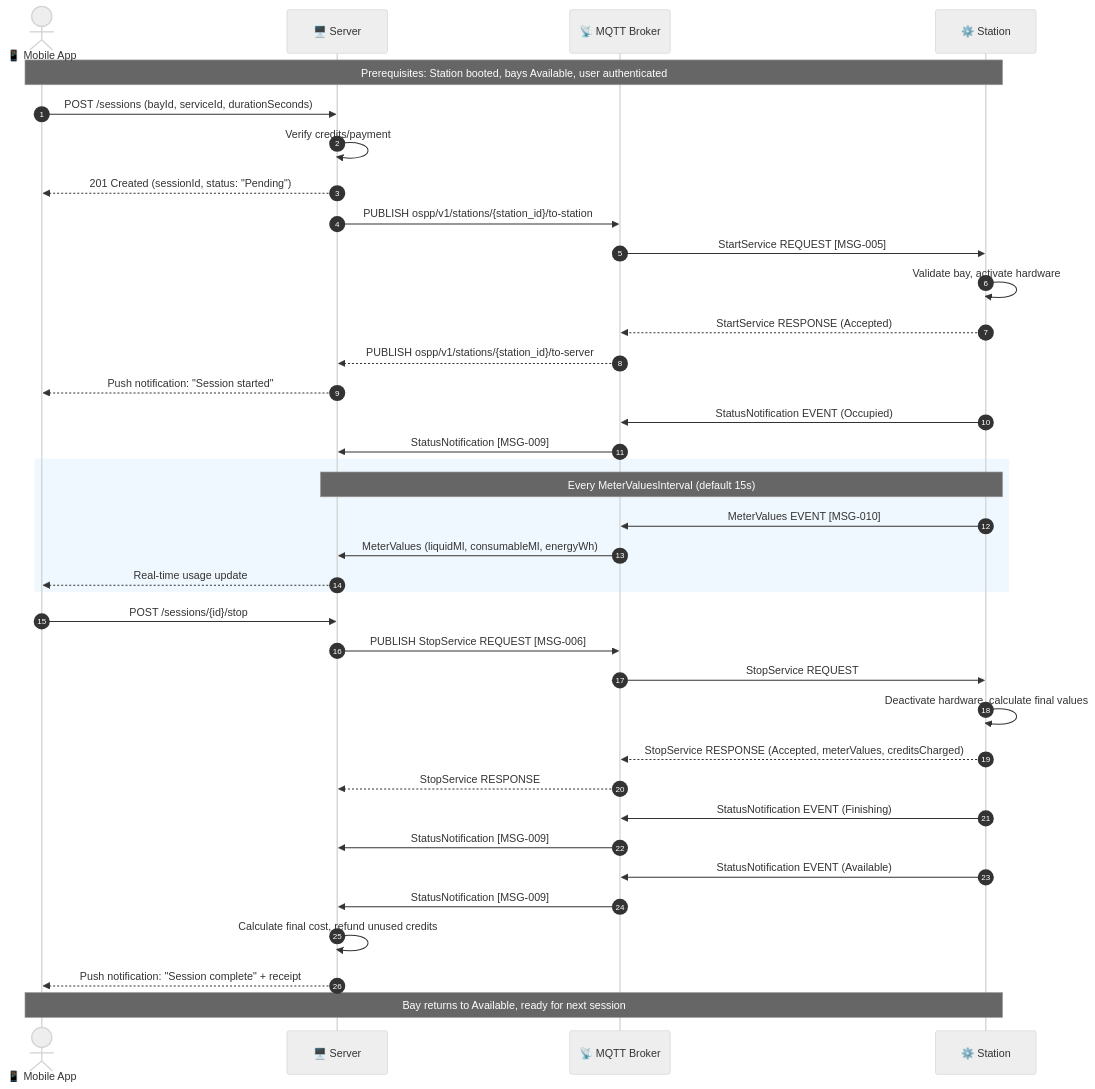
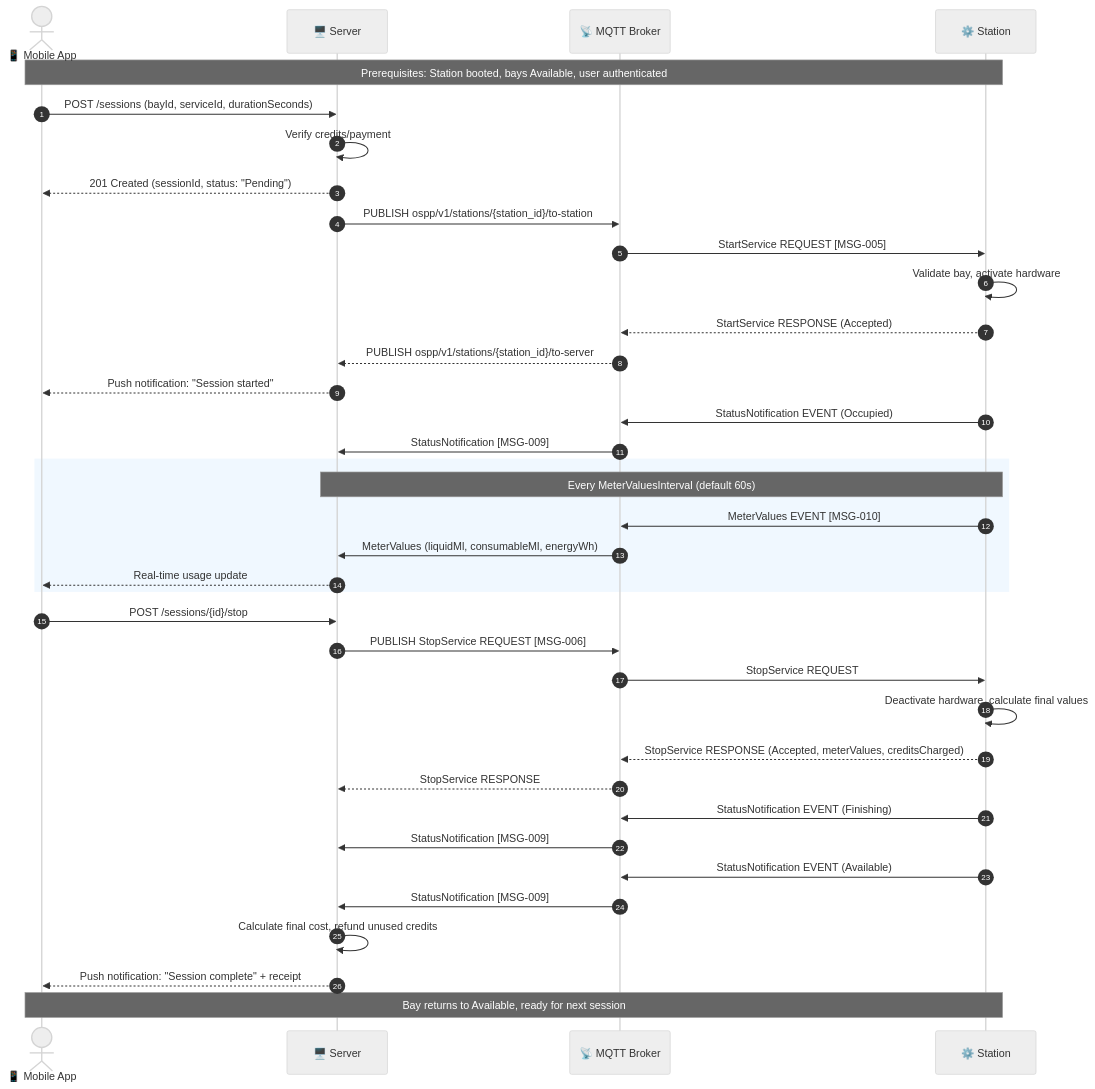
Before and after one commit to ospp-org/spec: the diagram in diagrams/sequence-online-payment.mmd, drawn with Mermaid (neutral theme). The commit also changed 56 other files, not shown here.

```diff
--- a/diagrams/sequence-online-payment.mmd
+++ b/diagrams/sequence-online-payment.mmd
@@ -1,58 +1,58 @@
 %% OSPP Online Session Flow (Most Common Path)
 %% Reference: spec/04-flows.md, Section 3; examples/flows/02-online-session.md
 
 sequenceDiagram
     autonumber
 
     actor User as 📱 Mobile App
     participant Server as 🖥️ Server
     participant Broker as 📡 MQTT Broker
     participant Station as ⚙️ Station
 
     Note over User,Station: Prerequisites: Station booted, bays Available, user authenticated
 
     %% Session initiation
     User->>Server: POST /sessions (bayId, serviceId, durationSeconds)
     Server->>Server: Verify credits/payment
     Server-->>User: 201 Created (sessionId, status: "Pending")
 
     %% StartService via MQTT
     Server->>Broker: PUBLISH ospp/v1/stations/{station_id}/to-station
     Broker->>Station: StartService REQUEST [MSG-005]
     Station->>Station: Validate bay, activate hardware
     Station-->>Broker: StartService RESPONSE (Accepted)
     Broker-->>Server: PUBLISH ospp/v1/stations/{station_id}/to-server
     Server-->>User: Push notification: "Session started"
 
     %% Bay status change
     Station->>Broker: StatusNotification EVENT (Occupied)
     Broker->>Server: StatusNotification [MSG-009]
 
     %% Meter values (periodic)
     rect rgb(240, 248, 255)
-        Note over Station,Server: Every MeterValuesInterval (default 15s)
+        Note over Station,Server: Every MeterValuesInterval (default 60s)
         Station->>Broker: MeterValues EVENT [MSG-010]
         Broker->>Server: MeterValues (liquidMl, consumableMl, energyWh)
         Server-->>User: Real-time usage update
     end
 
     %% Session stop
     User->>Server: POST /sessions/{id}/stop
     Server->>Broker: PUBLISH StopService REQUEST [MSG-006]
     Broker->>Station: StopService REQUEST
     Station->>Station: Deactivate hardware, calculate final values
     Station-->>Broker: StopService RESPONSE (Accepted, meterValues, creditsCharged)
     Broker-->>Server: StopService RESPONSE
 
     %% Finishing → Available
     Station->>Broker: StatusNotification EVENT (Finishing)
     Broker->>Server: StatusNotification [MSG-009]
 
     Station->>Broker: StatusNotification EVENT (Available)
     Broker->>Server: StatusNotification [MSG-009]
 
     %% Final billing
     Server->>Server: Calculate final cost, refund unused credits
     Server-->>User: Push notification: "Session complete" + receipt
 
     Note over User,Station: Bay returns to Available, ready for next session
```
